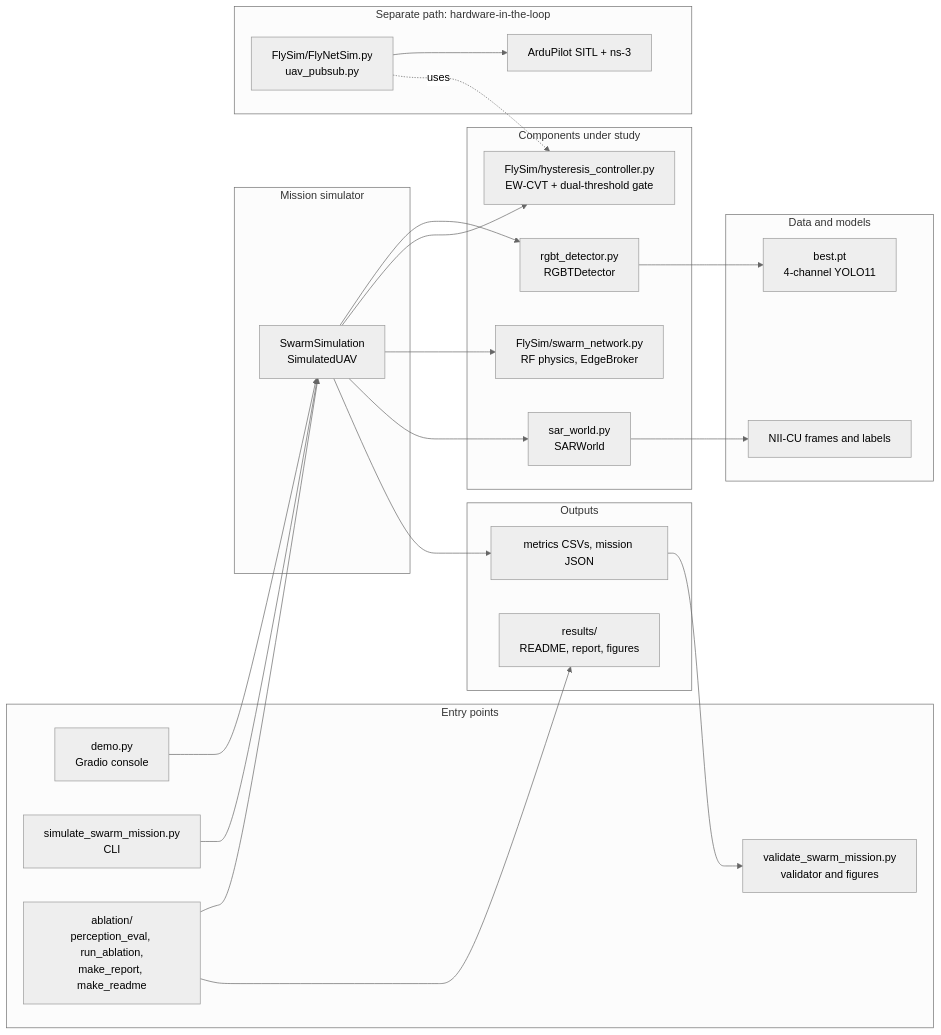
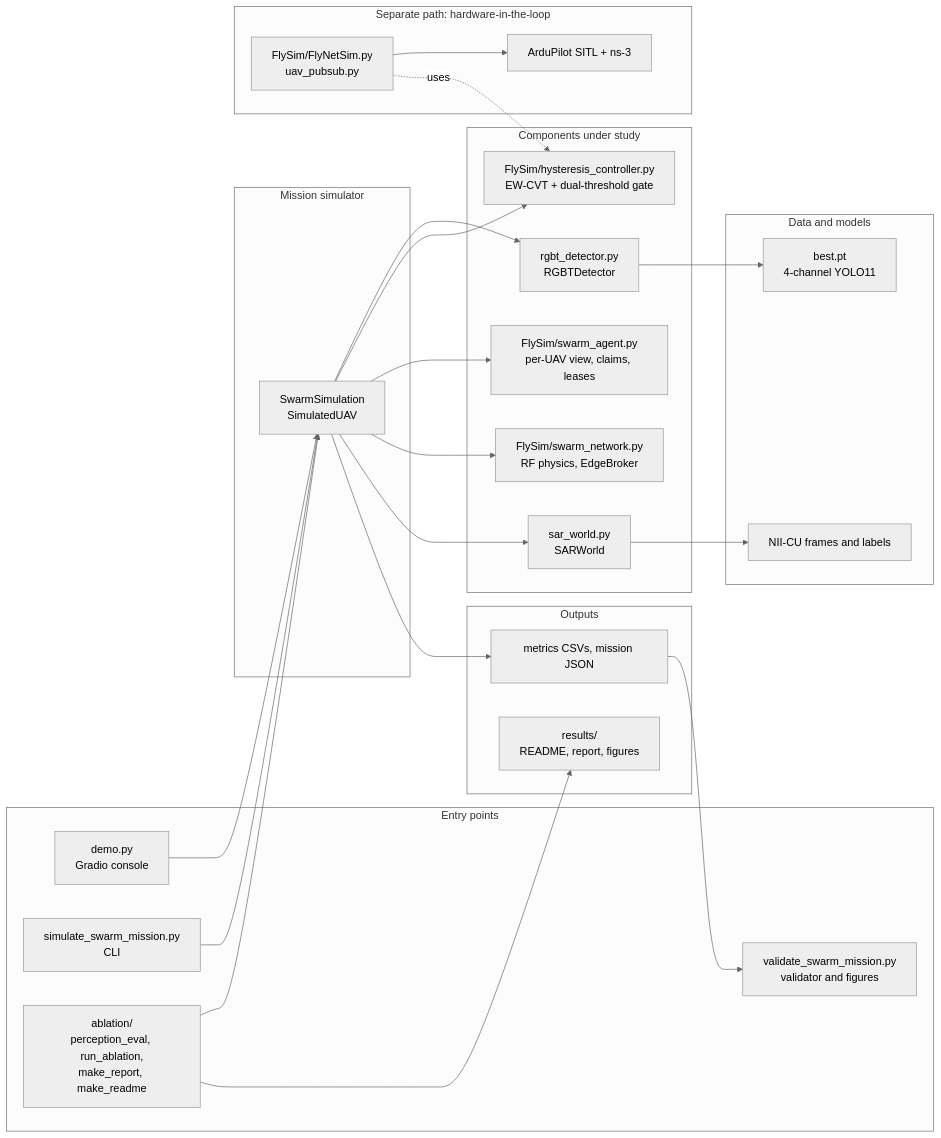
One commit to CodeWithDevesh/FlyNetSim changed the eighth of 9 diagrams in docs/ARCHITECTURE_PROPOSAL.md. Above: the diagram before and after it, drawn with Mermaid (neutral theme). The commit also changed other lines of this file, not shown here.

Commit message:
docs: update architecture diagrams for decentralized control and store-carry-forward

````diff
--- a/docs/ARCHITECTURE_PROPOSAL.md
+++ b/docs/ARCHITECTURE_PROPOSAL.md
@@ -221,50 +230,52 @@
 ```mermaid
 flowchart LR
   subgraph ENTRY["Entry points"]
     DEMO["demo.py<br/>Gradio console"]
     CLI["simulate_swarm_mission.py<br/>CLI"]
     VAL["validate_swarm_mission.py<br/>validator and figures"]
     ABL["ablation/<br/>perception_eval, run_ablation,<br/>make_report, make_readme"]
   end
 
   subgraph CORE["Mission simulator"]
     SIM["SwarmSimulation<br/>SimulatedUAV"]
   end
 
   subgraph SERVICES["Components under study"]
     DETM["rgbt_detector.py<br/>RGBTDetector"]
     CTRLM["FlySim/hysteresis_controller.py<br/>EW-CVT + dual-threshold gate"]
+    AGENT["FlySim/swarm_agent.py<br/>per-UAV view, claims, leases"]
     NETM["FlySim/swarm_network.py<br/>RF physics, EdgeBroker"]
     WORLD["sar_world.py<br/>SARWorld"]
   end
 
   subgraph DATA["Data and models"]
     FR["NII-CU frames and labels"]
     W["best.pt<br/>4-channel YOLO11"]
   end
 
   subgraph OUT["Outputs"]
     LOGS["metrics CSVs, mission JSON"]
     RES["results/<br/>README, report, figures"]
   end
 
   subgraph SITL["Separate path: hardware-in-the-loop"]
     FN["FlySim/FlyNetSim.py<br/>uav_pubsub.py"]
     AP["ArduPilot SITL + ns-3"]
   end
 
   DEMO --> SIM
   CLI --> SIM
   ABL --> SIM
   SIM --> DETM
   SIM --> CTRLM
+  SIM --> AGENT
   SIM --> NETM
   SIM --> WORLD
   WORLD --> FR
   DETM --> W
   SIM --> LOGS
   LOGS --> VAL
   ABL --> RES
   FN --> AP
   FN -. "uses" .-> CTRLM
 ```
````
